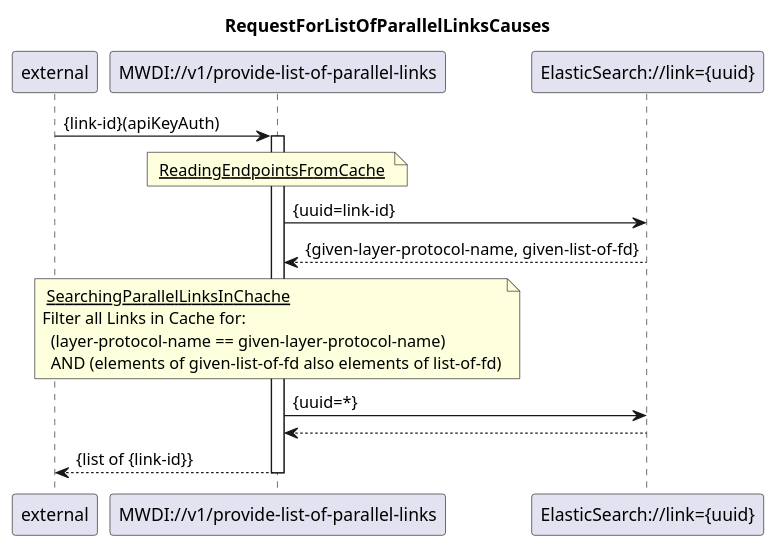
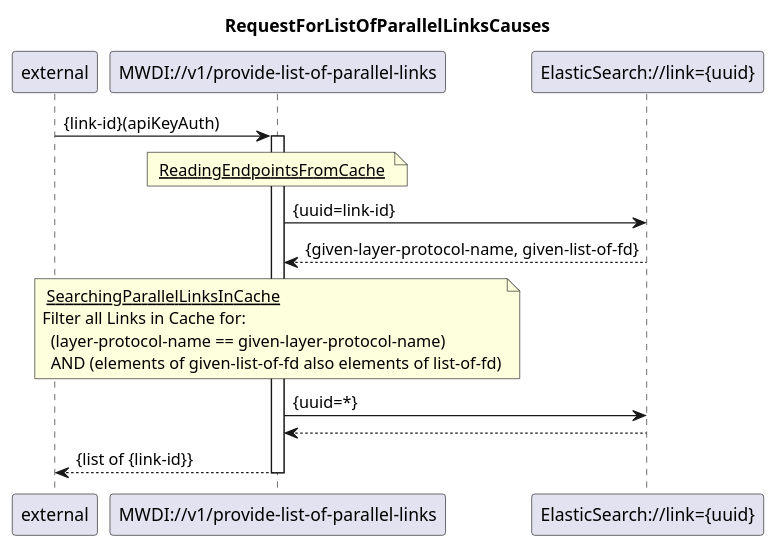
Before and after one commit to openBackhaul/MicroWaveDeviceInventory: the diagram in spec/diagrams/103_ProvideListOfParallelLinks.plantuml, drawn with PlantUML. The commit also changed 8 other files, not shown here.

```diff
--- a/spec/diagrams/103_ProvideListOfParallelLinks.plantuml
+++ b/spec/diagrams/103_ProvideListOfParallelLinks.plantuml
@@ -1,32 +1,32 @@
 @startuml 103_ProvideListOfParallelLinks
 skinparam responseMessageBelowArrow true
 
 title  RequestForListOfParallelLinksCauses
 
 participant "external" as requestor
 participant "MWDI://v1/provide-list-of-parallel-links" as provideListOfParallelLinks
 participant "ElasticSearch://link={uuid}" as Link
 participant "ElasticSearch://link={uuid}" as Link
 
 requestor -> provideListOfParallelLinks: {link-id}(apiKeyAuth)
 
 note over provideListOfParallelLinks 
 <u> ReadingEndpointsFromCache </u>
 end note
 activate provideListOfParallelLinks
 provideListOfParallelLinks -> Link : {uuid=link-id}
 Link --> provideListOfParallelLinks: {given-layer-protocol-name, given-list-of-fd}
 
 note over provideListOfParallelLinks
-<u> SearchingParallelLinksInChache </u>
+<u> SearchingParallelLinksInCache </u>
 Filter all Links in Cache for:
   (layer-protocol-name == given-layer-protocol-name)
   AND (elements of given-list-of-fd also elements of list-of-fd)
 end note
 provideListOfParallelLinks -> Link : {uuid=*}
 Link --> provideListOfParallelLinks:
 
 provideListOfParallelLinks --> requestor: {list of {link-id}}
 deactivate provideListOfParallelLinks
 
 @enduml
```
